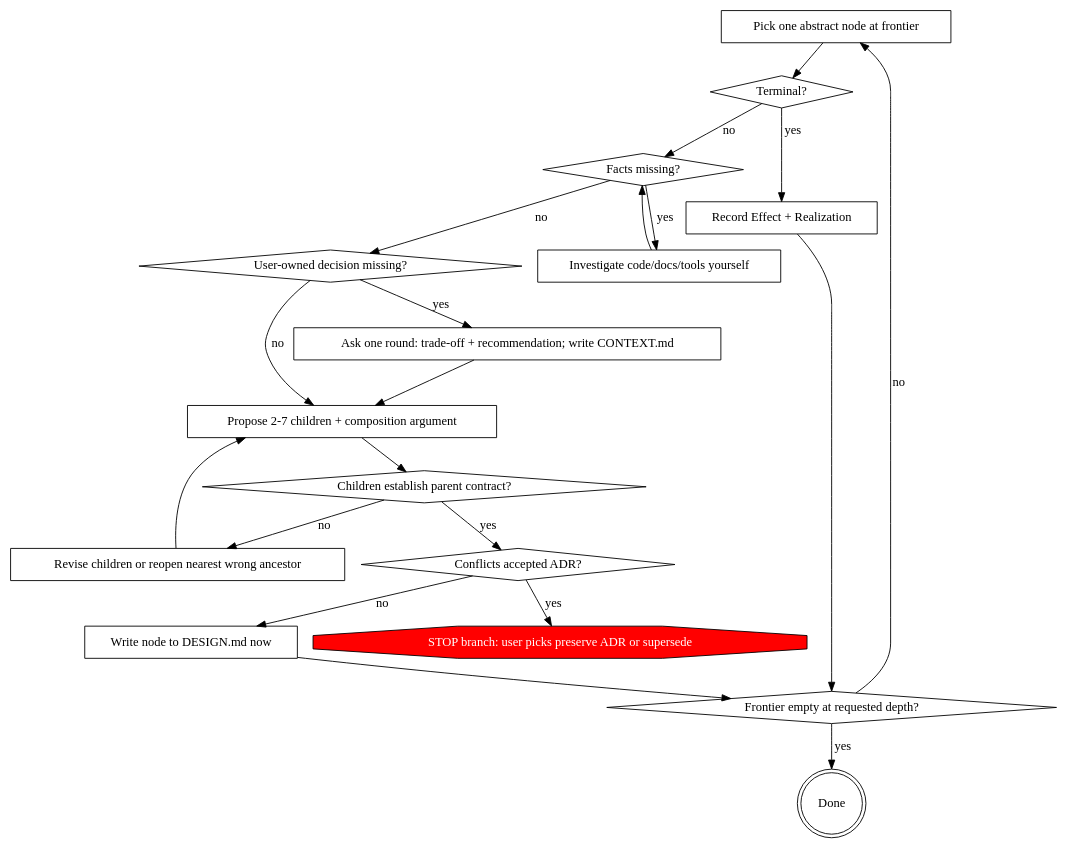
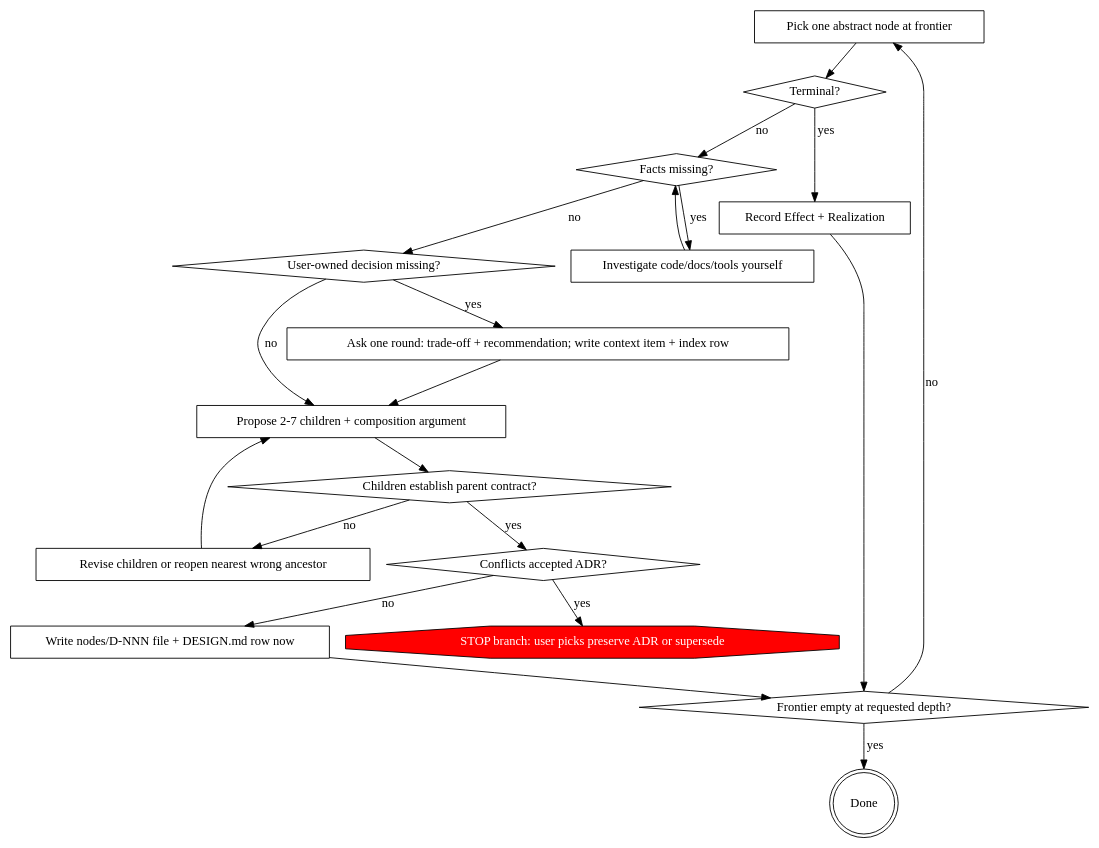
The diagram in constructing-software-stepwise/skills/constructing-software-stepwise/SKILL.md (HollandDM/my-skills), drawn with Graphviz before and after one commit. The commit also changed other lines of this file and 5 other files, not shown here.

First line of the commit message:
refactor(constructing-software-stepwise): one item per file, ledgers become indexes

````diff
--- a/constructing-software-stepwise/skills/constructing-software-stepwise/SKILL.md
+++ b/constructing-software-stepwise/skills/constructing-software-stepwise/SKILL.md
@@ -36,39 +51,39 @@
 ```dot
 digraph refine {
     "Pick one abstract node at frontier" [shape=box];
     "Terminal?" [shape=diamond];
     "Record Effect + Realization" [shape=box];
     "Facts missing?" [shape=diamond];
     "Investigate code/docs/tools yourself" [shape=box];
     "User-owned decision missing?" [shape=diamond];
-    "Ask one round: trade-off + recommendation; write CONTEXT.md" [shape=box];
+    "Ask one round: trade-off + recommendation; write context item + index row" [shape=box];
     "Propose 2-7 children + composition argument" [shape=box];
     "Children establish parent contract?" [shape=diamond];
     "Revise children or reopen nearest wrong ancestor" [shape=box];
     "Conflicts accepted ADR?" [shape=diamond];
     "STOP branch: user picks preserve ADR or supersede" [shape=octagon, style=filled, fillcolor=red, fontcolor=white];
-    "Write node to DESIGN.md now" [shape=box];
+    "Write nodes/D-NNN file + DESIGN.md row now" [shape=box];
     "Frontier empty at requested depth?" [shape=diamond];
     "Done" [shape=doublecircle];
 
     "Pick one abstract node at frontier" -> "Terminal?";
     "Terminal?" -> "Record Effect + Realization" [label="yes"];
     "Terminal?" -> "Facts missing?" [label="no"];
     "Facts missing?" -> "Investigate code/docs/tools yourself" [label="yes"];
     "Investigate code/docs/tools yourself" -> "Facts missing?";
     "Facts missing?" -> "User-owned decision missing?" [label="no"];
-    "User-owned decision missing?" -> "Ask one round: trade-off + recommendation; write CONTEXT.md" [label="yes"];
-    "Ask one round: trade-off + recommendation; write CONTEXT.md" -> "Propose 2-7 children + composition argument";
+    "User-owned decision missing?" -> "Ask one round: trade-off + recommendation; write context item + index row" [label="yes"];
+    "Ask one round: trade-off + recommendation; write context item + index row" -> "Propose 2-7 children + composition argument";
     "User-owned decision missing?" -> "Propose 2-7 children + composition argument" [label="no"];
     "Propose 2-7 children + composition argument" -> "Children establish parent contract?";
     "Children establish parent contract?" -> "Revise children or reopen nearest wrong ancestor" [label="no"];
     "Revise children or reopen nearest wrong ancestor" -> "Propose 2-7 children + composition argument";
     "Children establish parent contract?" -> "Conflicts accepted ADR?" [label="yes"];
     "Conflicts accepted ADR?" -> "STOP branch: user picks preserve ADR or supersede" [label="yes"];
-    "Conflicts accepted ADR?" -> "Write node to DESIGN.md now" [label="no"];
-    "Write node to DESIGN.md now" -> "Frontier empty at requested depth?";
+    "Conflicts accepted ADR?" -> "Write nodes/D-NNN file + DESIGN.md row now" [label="no"];
+    "Write nodes/D-NNN file + DESIGN.md row now" -> "Frontier empty at requested depth?";
     "Record Effect + Realization" -> "Frontier empty at requested depth?";
     "Frontier empty at requested depth?" -> "Done" [label="yes"];
     "Frontier empty at requested depth?" -> "Pick one abstract node at frontier" [label="no"];
 }
 ```
````
